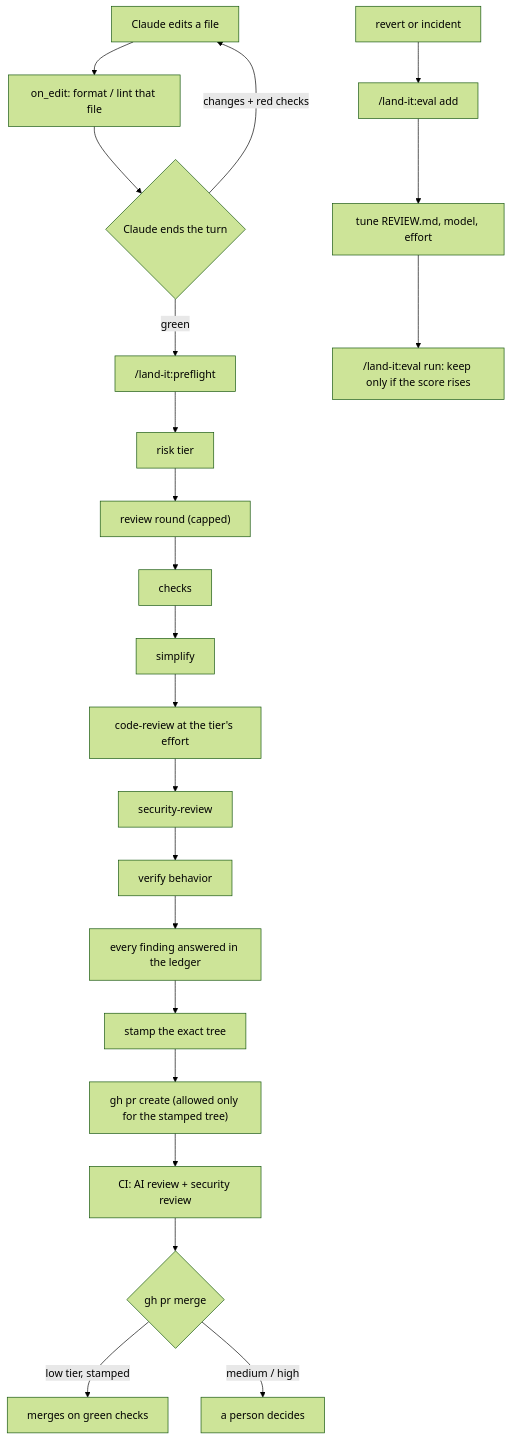
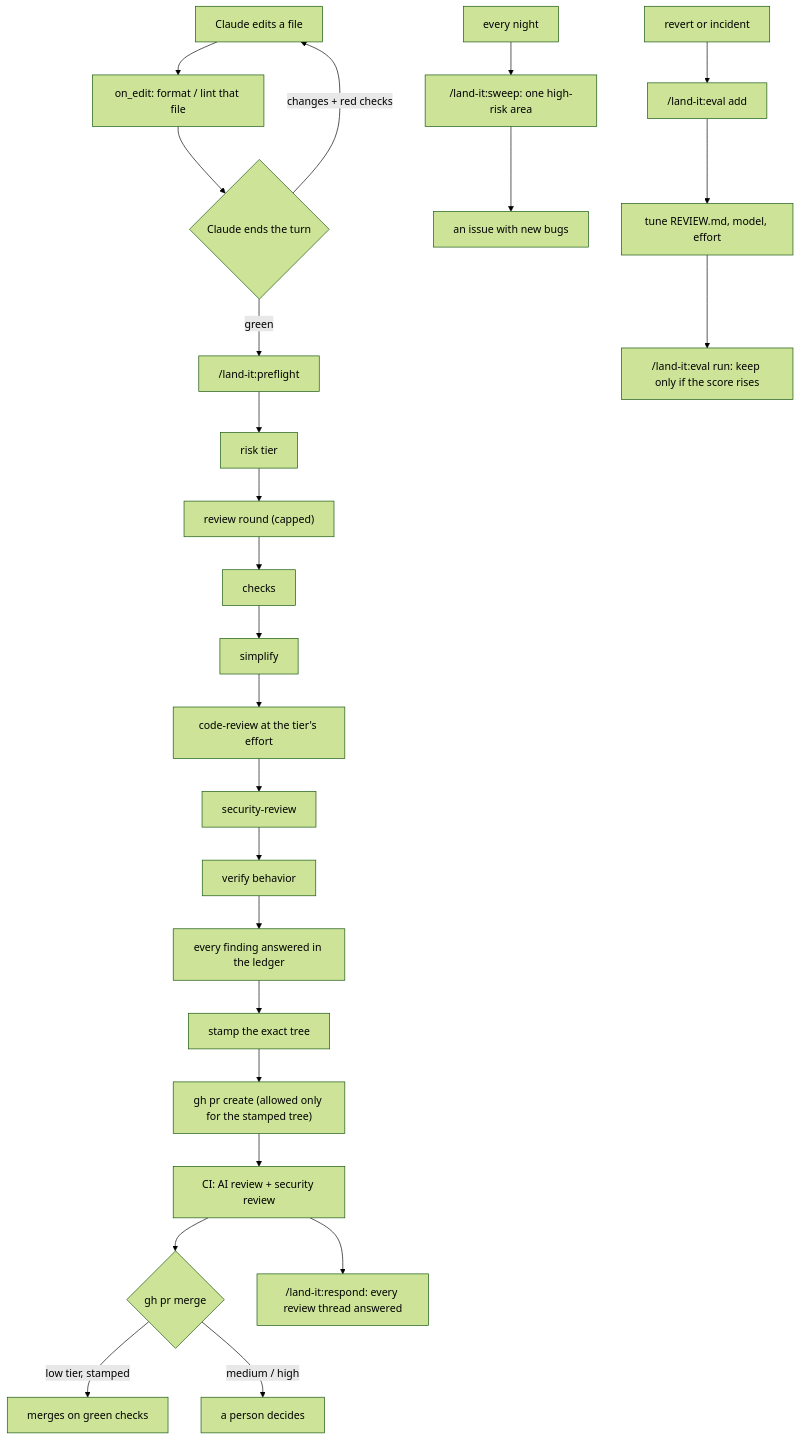
Before and after one commit to FunFactoryDev/land-it: the diagram in README.md, drawn with Mermaid (forest theme). The commit also changed other lines of this file and 11 other files, not shown here.

First line of the commit message:
land-it 0.6.0: answer PR review threads, nightly sweep, eval scan

````diff
--- a/README.md
+++ b/README.md
@@ -50,17 +50,19 @@
 ```mermaid
 flowchart TD
     A["Claude edits a file"] --> B["on_edit: format / lint that file"]
     B --> C{"Claude ends the turn"}
     C -- "changes + red checks" --> A
     C -- "green" --> D["/land-it:preflight"]
     D --> D1["risk tier"] --> D2["review round (capped)"] --> D3["checks"] --> D4["simplify"]
     D4 --> D5["code-review at the tier's effort"] --> D6["security-review"] --> D7["verify behavior"]
     D7 --> D8["every finding answered in the ledger"] --> D9["stamp the exact tree"]
     D9 --> E["gh pr create (allowed only for the stamped tree)"]
     E --> F["CI: AI review + security review"]
     F --> G{"gh pr merge"}
     G -- "low tier, stamped" --> H["merges on green checks"]
     G -- "medium / high" --> I["a person decides"]
+    F --> R["/land-it:respond: every review thread answered"]
+    N["every night"] --> S["/land-it:sweep: one high-risk area"] --> T["an issue with new bugs"]
     J["revert or incident"] --> K["/land-it:eval add"] --> L["tune REVIEW.md, model, effort"]
     L --> M["/land-it:eval run: keep only if the score rises"]
 ```
````
